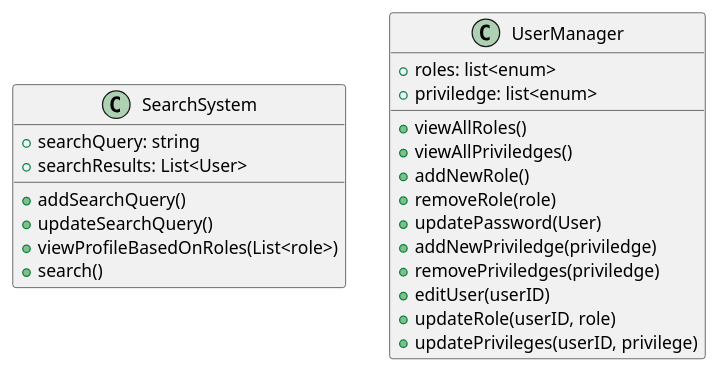
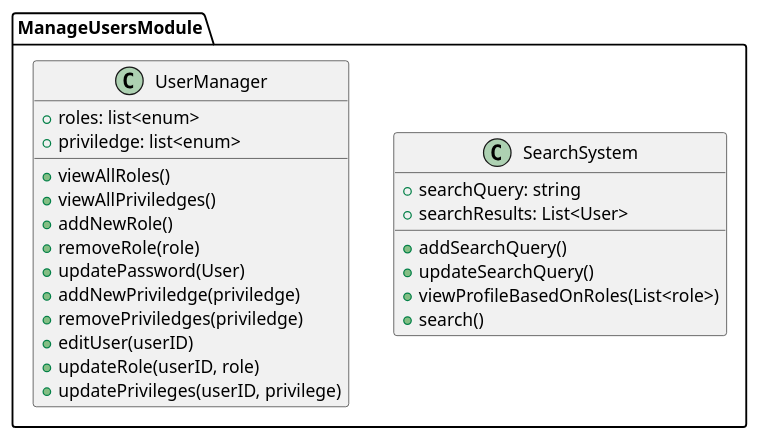
Before and after one commit to anshium/DASS-Assignment-3-IMS-System-Design: the diagram in manage_users.plantuml, drawn with PlantUML. The commit also changed 9 other files, not shown here.

```diff
--- a/manage_users.plantuml
+++ b/manage_users.plantuml
@@ -1,31 +1,32 @@
 @startuml manage_users
 
-class SearchSystem {
-   + searchQuery: string
-   + searchResults: List<User>
+package ManageUsersModule {
+	class SearchSystem {
+		+ searchQuery: string
+		+ searchResults: List<User>
 
-   + addSearchQuery()
-   + updateSearchQuery()
-   + viewProfileBasedOnRoles(List<role>)
-   + search()
+		+ addSearchQuery()
+		+ updateSearchQuery()
+		+ viewProfileBasedOnRoles(List<role>)
+		+ search()
+	}
+
+	class UserManager {
+		+ roles: list<enum>
+		+ priviledge: list<enum>
+		
+		+ viewAllRoles()
+		+ viewAllPriviledges()
+		+ addNewRole()
+		+ removeRole(role)
+		+ updatePassword(User)
+		+ addNewPriviledge(priviledge)
+		+ removePriviledges(priviledge)
+		+ editUser(userID)
+		+ updateRole(userID, role)
+		+ updatePrivileges(userID, privilege)
+		'Set Standards'
+
+	}
 }
-
-class UserManager {
-	+ roles: list<enum>
-	+ priviledge: list<enum>
-	
-	+ viewAllRoles()
-	+ viewAllPriviledges()
-	+ addNewRole()
-	+ removeRole(role)
-	+ updatePassword(User)
-	+ addNewPriviledge(priviledge)
-	+ removePriviledges(priviledge)
-	+ editUser(userID)
-	+ updateRole(userID, role)
-	+ updatePrivileges(userID, privilege)
-	'Set Standards'
-
-}
-
 @enduml
```
